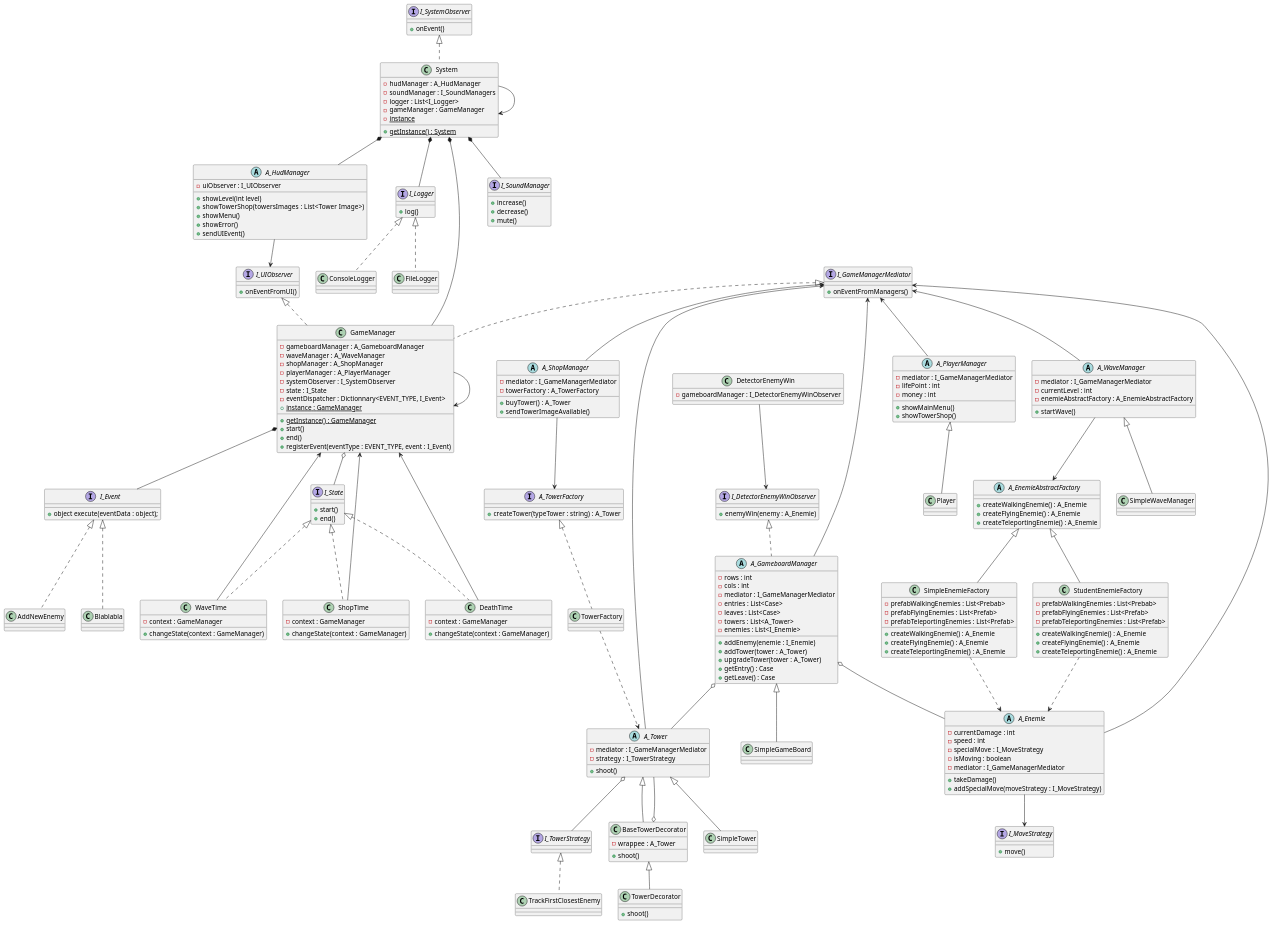
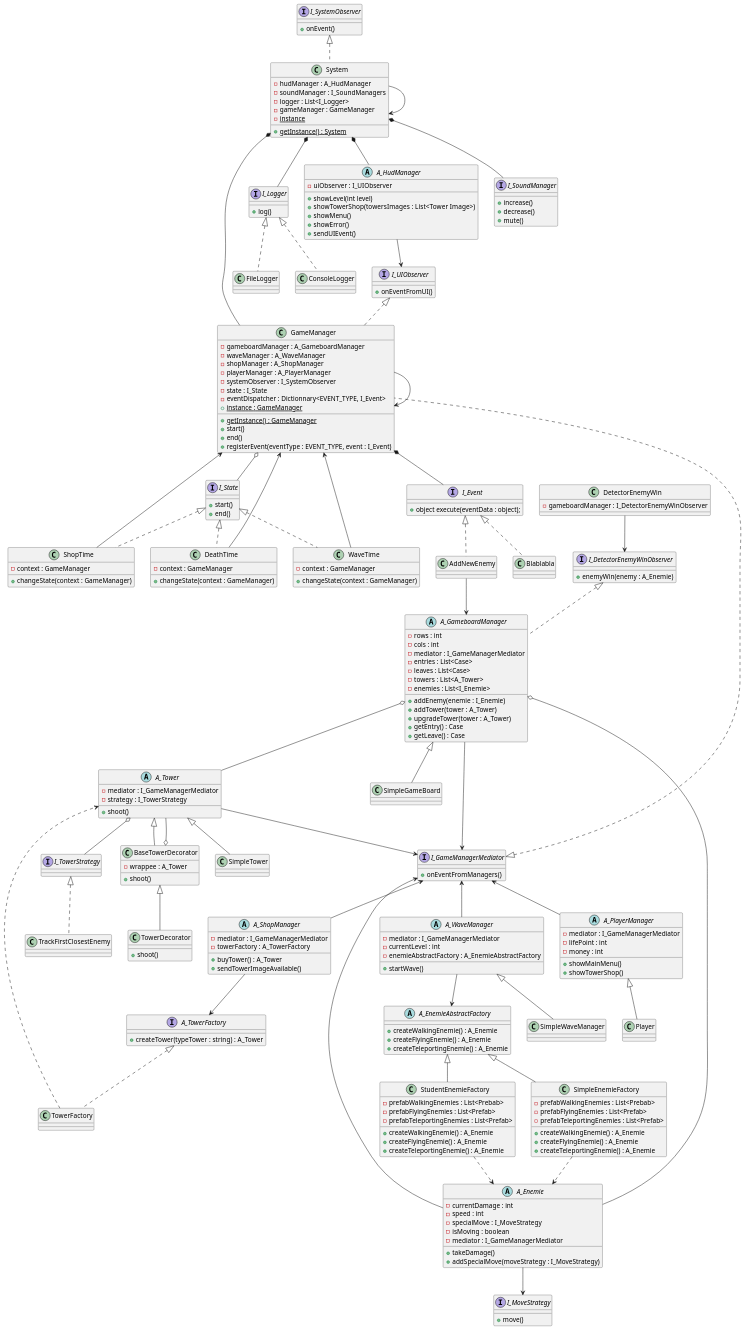
Before and after one commit to bobylatruffe/tower_defense: the diagram in uml.plantuml, drawn with PlantUML. The commit also changed 52 other files, not shown here.

```diff
--- a/uml.plantuml
+++ b/uml.plantuml
@@ -26,60 +26,10 @@
 class AddNewEnemy implements I_Event {
 }
 
+AddNewEnemy --> A_GameboardManager
+
 class Blablabla implements I_Event {
 }
-
-' class GetExitPoint implements I_Event {
-'     + object execute(eventData : object);
-' }
-
-' class GetEntryPoint implements I_Event {
-'     + object execute(eventData : object);
-' }
-
-' class ShowMainMenu implements I_Event {
-'     + object execute(eventData : object);
-' }
-
-' class RemoveLifePoint implements I_Event {
-'     + object execute(eventData : object);
-' }
-
-' class UpdateLifePoint implements I_Event {
-'     + object execute(eventData : object);
-' }
-
-' class UpdateMoney implements I_Event {
-'     + object execute(eventData : object);
-' }
-
-' class ShowTowerShop implements I_Event {
-'     + object execute(eventData : object);
-' }
-
-' class NoMoney implements I_Event {
-'     + object execute(eventData : object);
-' }
-
-' class AddMoney implements I_Event {
-'     + object execute(eventData : object);
-' }
-
-' class UpdateLevelHud implements I_Event {
-'     + object execute(eventData : object);
-' }
-
-' class UpdateTimerBeforeWave implements I_Event {
-'     + object execute(eventData : object);
-' }
-
-' class HideTimerBeforeWave implements I_Event {
-'     + object execute(eventData : object);
-' }
-
-' class PlayerDeath implements I_Event {
-'     + object execute(eventData : object);
-' }
 
 GameManager *-- I_Event
 
```
